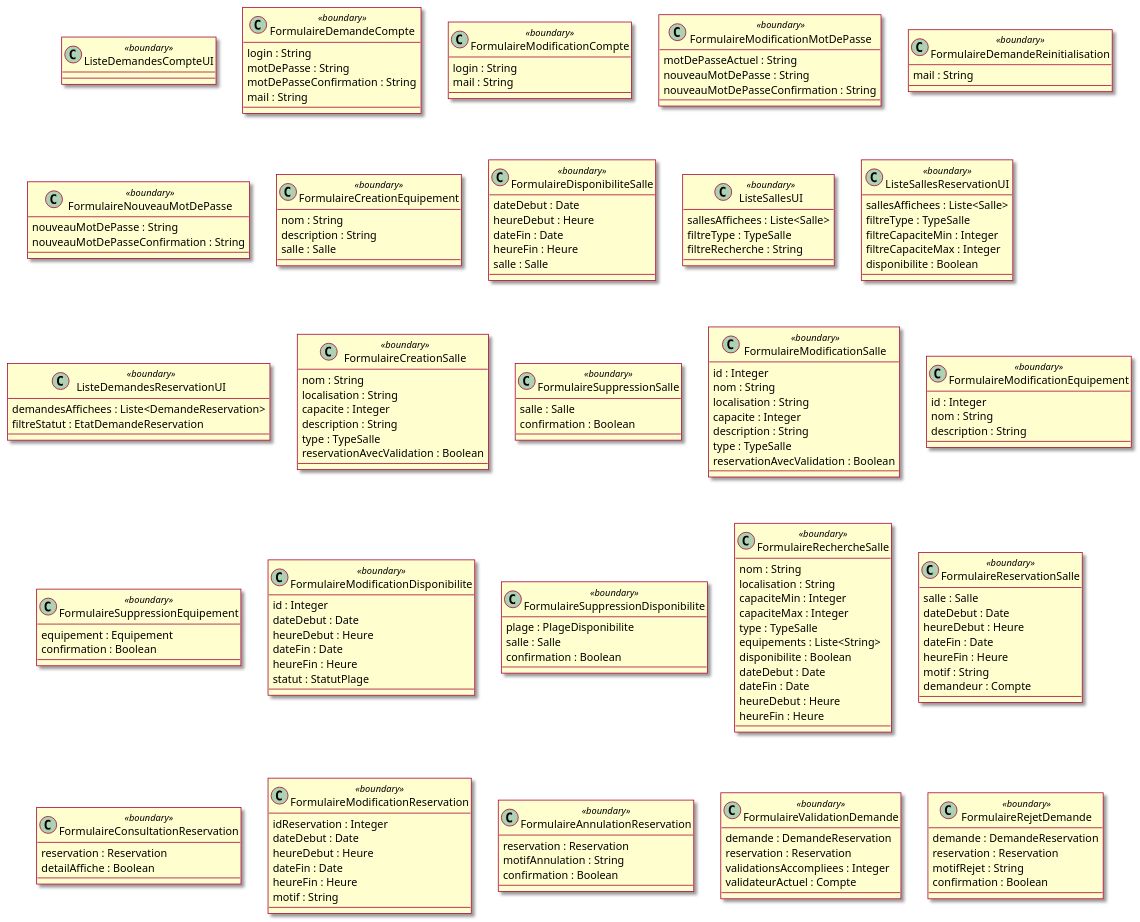
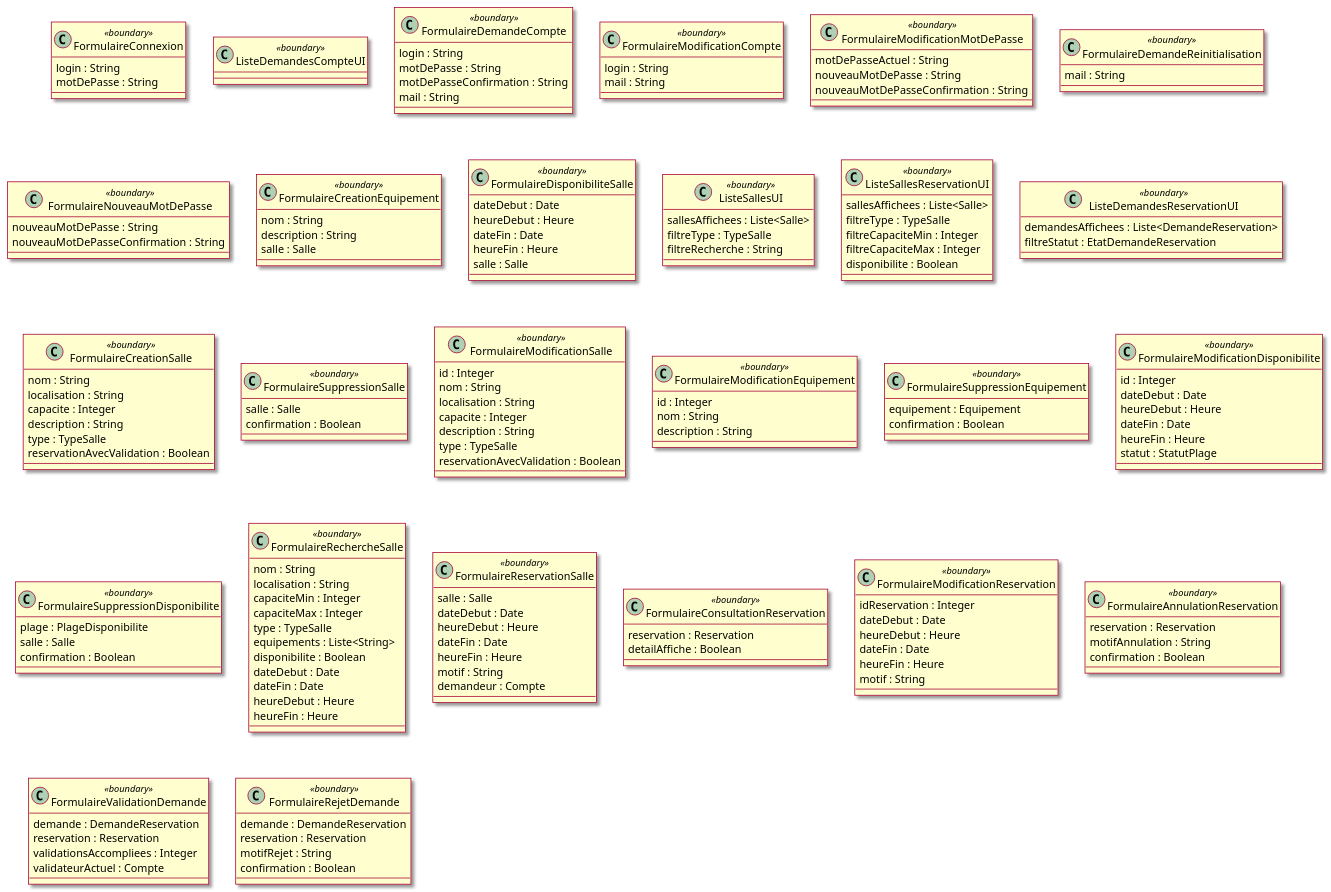
Diagram 60 of 60 in docs/02-Analyse.md (mrajaonson/glg204-room-management-system), drawn with PlantUML before and after one commit. The commit also changed other lines of this file and 5 other files, not shown here.

````diff
--- a/docs/02-Analyse.md
+++ b/docs/02-Analyse.md
@@ -2408,6 +2481,11 @@
 ```plantuml
 @startuml
 skin rose
+
+class FormulaireConnexion <<boundary>> {
+  login : String
+  motDePasse : String
+}
 
 class ListeDemandesCompteUI <<boundary>> {}
 
````
